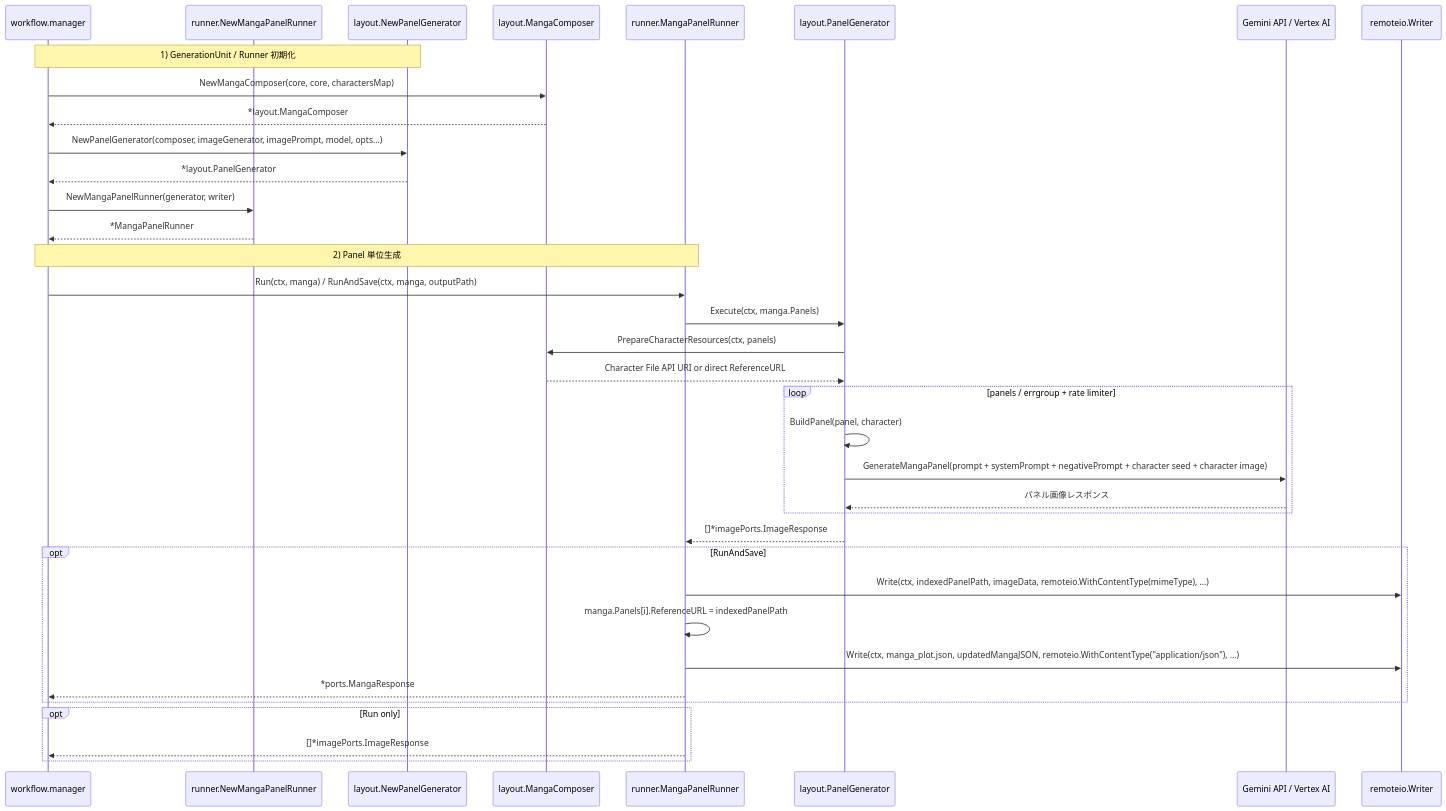
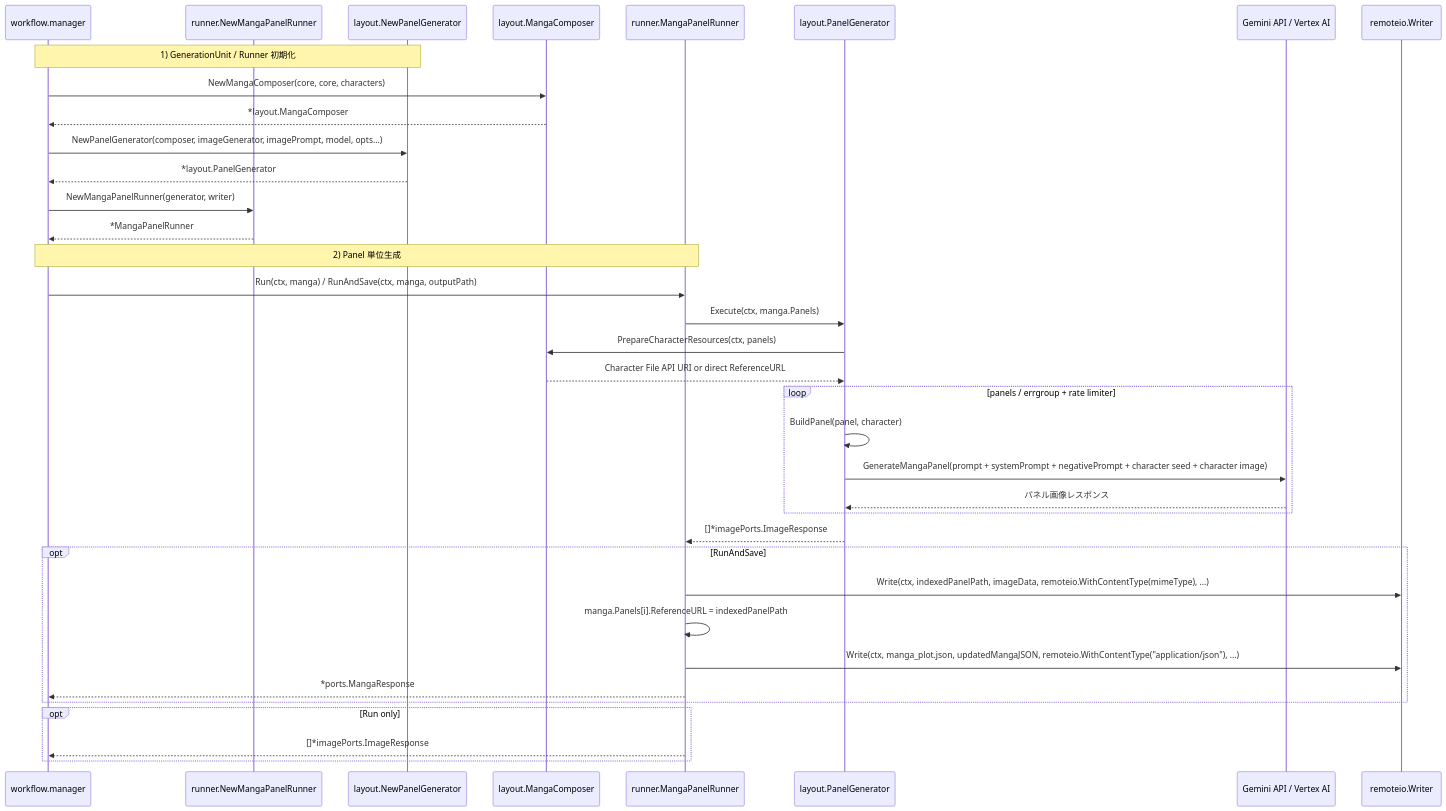
The first of 2 diagrams in README.md (shouni/go-manga-kit), drawn with Mermaid before and after one commit. The commit also changed other lines of this file and 9 other files, not shown here.

Commit message:
Refactor: Replace `CharactersMap` with `Characters` to unify character handling, update related constructors, methods, and tests accordingly.

````diff
--- a/README.md
+++ b/README.md
@@ -69,45 +69,45 @@
 ```mermaid
 sequenceDiagram
   participant WF as workflow.manager
   participant PFactory as runner.NewMangaPanelRunner
   participant LPanel as layout.NewPanelGenerator
   participant Composer as layout.MangaComposer
   participant PanelRunner as runner.MangaPanelRunner
   participant PanelGen as layout.PanelGenerator
   participant API as Gemini API / Vertex AI
   participant Writer as remoteio.Writer
 
   Note over WF,LPanel: 1) GenerationUnit / Runner 初期化
-  WF->>Composer: NewMangaComposer(core, core, charactersMap)
+  WF->>Composer: NewMangaComposer(core, core, characters)
   Composer-->>WF: *layout.MangaComposer
   WF->>LPanel: NewPanelGenerator(composer, imageGenerator, imagePrompt, model, opts...)
   LPanel-->>WF: *layout.PanelGenerator
   WF->>PFactory: NewMangaPanelRunner(generator, writer)
   PFactory-->>WF: *MangaPanelRunner
 
   Note over WF,PanelRunner: 2) Panel 単位生成
   WF->>PanelRunner: Run(ctx, manga) / RunAndSave(ctx, manga, outputPath)
   PanelRunner->>PanelGen: Execute(ctx, manga.Panels)
   PanelGen->>Composer: PrepareCharacterResources(ctx, panels)
   Composer-->>PanelGen: Character File API URI or direct ReferenceURL
 
   loop panels / errgroup + rate limiter
     PanelGen->>PanelGen: BuildPanel(panel, character)
     PanelGen->>API: GenerateMangaPanel(prompt + systemPrompt + negativePrompt + character seed + character image)
     API-->>PanelGen: パネル画像レスポンス
   end
 
   PanelGen-->>PanelRunner: []*imagePorts.ImageResponse
 
   opt RunAndSave
     PanelRunner->>Writer: Write(ctx, indexedPanelPath, imageData, remoteio.WithContentType(mimeType), ...)
     PanelRunner->>PanelRunner: manga.Panels[i].ReferenceURL = indexedPanelPath
     PanelRunner->>Writer: Write(ctx, manga_plot.json, updatedMangaJSON, remoteio.WithContentType("application/json"), ...)
     PanelRunner-->>WF: *ports.MangaResponse
   end
 
   opt Run only
     PanelRunner-->>WF: []*imagePorts.ImageResponse
   end
 
 ```
````
